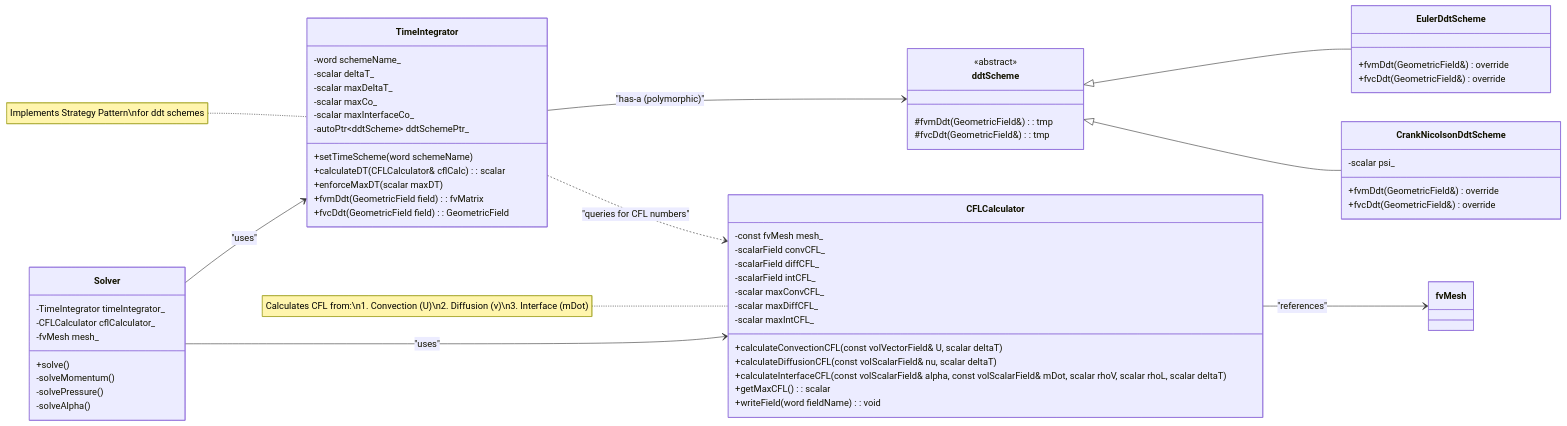
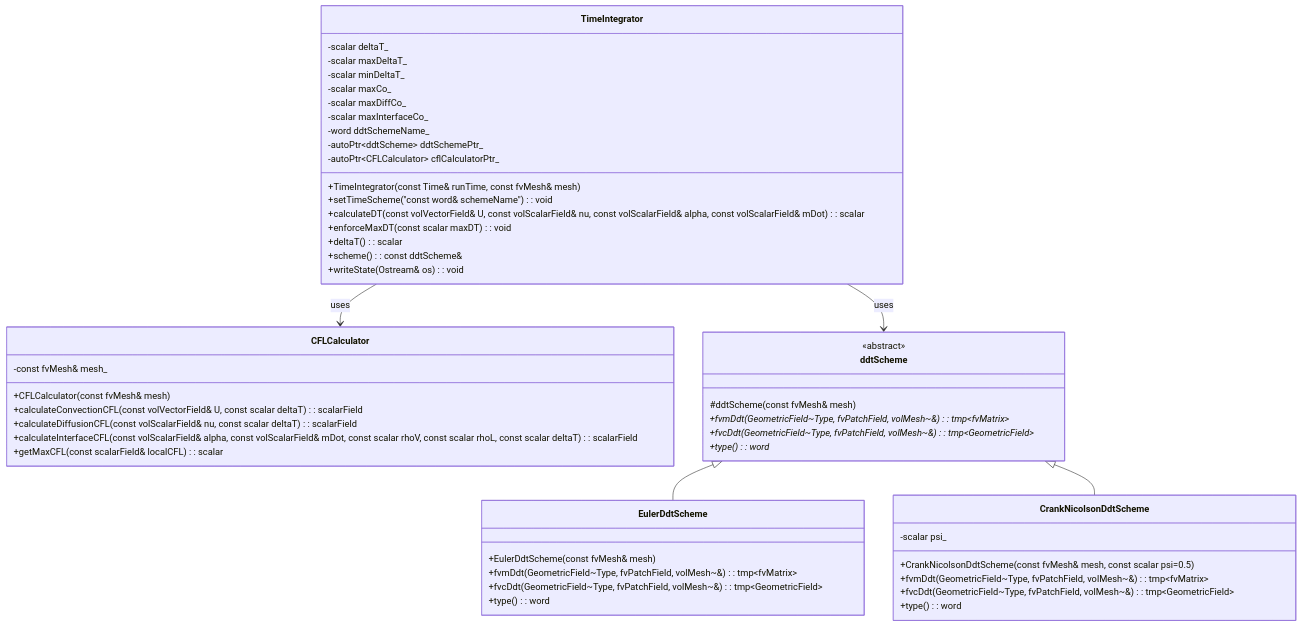
Before and after one commit to wramet/build-my-cfd: the diagram in daily_learning/Phase_01_Foundation_Theory/2026-01-04.md, drawn with Mermaid. The commit also changed other lines of this file and 12 other files, not shown here.

````diff
--- a/daily_learning/Phase_01_Foundation_Theory/2026-01-04.md
+++ b/daily_learning/Phase_01_Foundation_Theory/2026-01-04.md
@@ -733,71 +521,60 @@
 ```mermaid
 classDiagram
-    direction LR
-
-    class Solver {
-        -TimeIntegrator timeIntegrator_
-        -CFLCalculator cflCalculator_
-        -fvMesh mesh_
-        +solve()
-        -solveMomentum()
-        -solvePressure()
-        -solveAlpha()
-    }
+    direction TB
 
     class TimeIntegrator {
-        -word schemeName_
         -scalar deltaT_
         -scalar maxDeltaT_
+        -scalar minDeltaT_
         -scalar maxCo_
+        -scalar maxDiffCo_
         -scalar maxInterfaceCo_
+        -word ddtSchemeName_
         -autoPtr~ddtScheme~ ddtSchemePtr_
-        +setTimeScheme(word schemeName)
-        +calculateDT(CFLCalculator& cflCalc) : scalar
-        +enforceMaxDT(scalar maxDT)
-        +fvmDdt(GeometricField field) : fvMatrix
-        +fvcDdt(GeometricField field) : GeometricField
+        -autoPtr~CFLCalculator~ cflCalculatorPtr_
+        +TimeIntegrator(const Time& runTime, const fvMesh& mesh)
+        +setTimeScheme("const word& schemeName") : void
+        +calculateDT(const volVectorField& U, const volScalarField& nu, const volScalarField& alpha, const volScalarField& mDot) : scalar
+        +enforceMaxDT(const scalar maxDT) : void
+        +deltaT() : scalar
+        +scheme() : const ddtScheme&
+        +writeState(Ostream& os) : void
     }
 
     class CFLCalculator {
-        -const fvMesh mesh_
-        -scalarField convCFL_
-        -scalarField diffCFL_
-        -scalarField intCFL_
-        -scalar maxConvCFL_
-        -scalar maxDiffCFL_
-        -scalar maxIntCFL_
-        +calculateConvectionCFL(const volVectorField& U, scalar deltaT)
-        +calculateDiffusionCFL(const volScalarField& nu, scalar deltaT)
-        +calculateInterfaceCFL(const volScalarField& alpha, const volScalarField& mDot, scalar rhoV, scalar rhoL, scalar deltaT)
-        +getMaxCFL() : scalar
-        +writeField(word fieldName) : void
+        -const fvMesh& mesh_
+        +CFLCalculator(const fvMesh& mesh)
+        +calculateConvectionCFL(const volVectorField& U, const scalar deltaT) : scalarField
+        +calculateDiffusionCFL(const volScalarField& nu, const scalar deltaT) : scalarField
+        +calculateInterfaceCFL(const volScalarField& alpha, const volScalarField& mDot, const scalar rhoV, const scalar rhoL, const scalar deltaT) : scalarField
+        +getMaxCFL(const scalarField& localCFL) : scalar
     }
 
     class ddtScheme {
         <<abstract>>
-        #fvmDdt(GeometricField&) : tmp<GeometricField>
-        #fvcDdt(GeometricField&) : tmp<GeometricField>
+        #ddtScheme(const fvMesh& mesh)
+        +fvmDdt(GeometricField~Type, fvPatchField, volMesh~&) : tmp~fvMatrix~*
+        +fvcDdt(GeometricField~Type, fvPatchField, volMesh~&) : tmp~GeometricField~*
+        +type() : word*
     }
 
     class EulerDdtScheme {
-        +fvmDdt(GeometricField&) override
-        +fvcDdt(GeometricField&) override
+        +EulerDdtScheme(const fvMesh& mesh)
+        +fvmDdt(GeometricField~Type, fvPatchField, volMesh~&) : tmp~fvMatrix~
+        +fvcDdt(GeometricField~Type, fvPatchField, volMesh~&) : tmp~GeometricField~
+        +type() : word
     }
 
     class CrankNicolsonDdtScheme {
         -scalar psi_
-        +fvmDdt(GeometricField&) override
-        +fvcDdt(GeometricField&) override
+        +CrankNicolsonDdtScheme(const fvMesh& mesh, const scalar psi=0.5)
+        +fvmDdt(GeometricField~Type, fvPatchField, volMesh~&) : tmp~fvMatrix~
+        +fvcDdt(GeometricField~Type, fvPatchField, volMesh~&) : tmp~GeometricField~
+        +type() : word
     }
 
-    Solver --> TimeIntegrator : "uses"
-    Solver --> CFLCalculator : "uses"
-    TimeIntegrator --> ddtScheme : "has-a (polymorphic)"
+    TimeIntegrator --> CFLCalculator : uses
+    TimeIntegrator --> ddtScheme : uses
     ddtScheme <|-- EulerDdtScheme
     ddtScheme <|-- CrankNicolsonDdtScheme
-    CFLCalculator --> fvMesh : "references"
-    TimeIntegrator ..> CFLCalculator : "queries for CFL numbers"
-
-    note for TimeIntegrator "Implements Strategy Pattern\nfor ddt schemes"
-    note for CFLCalculator "Calculates CFL from:\n1. Convection (U)\n2. Diffusion (ν)\n3. Interface (mDot)"
 ```
````
